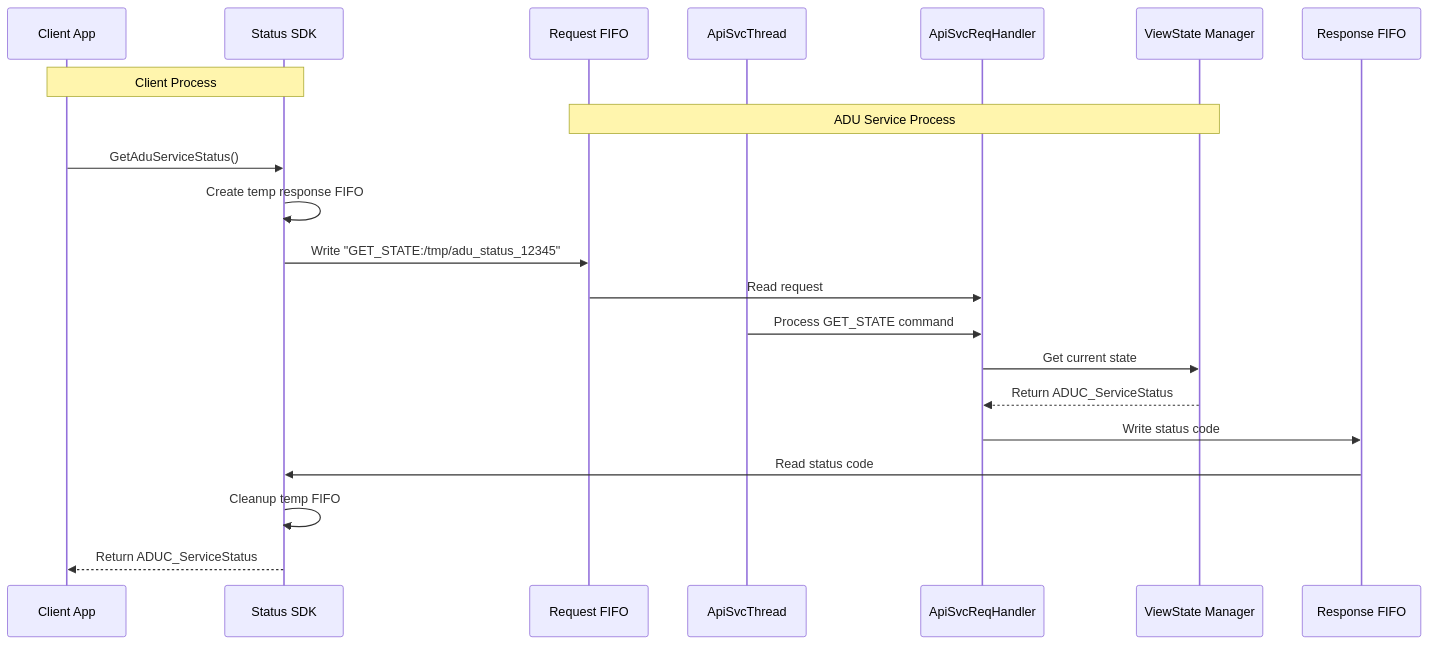
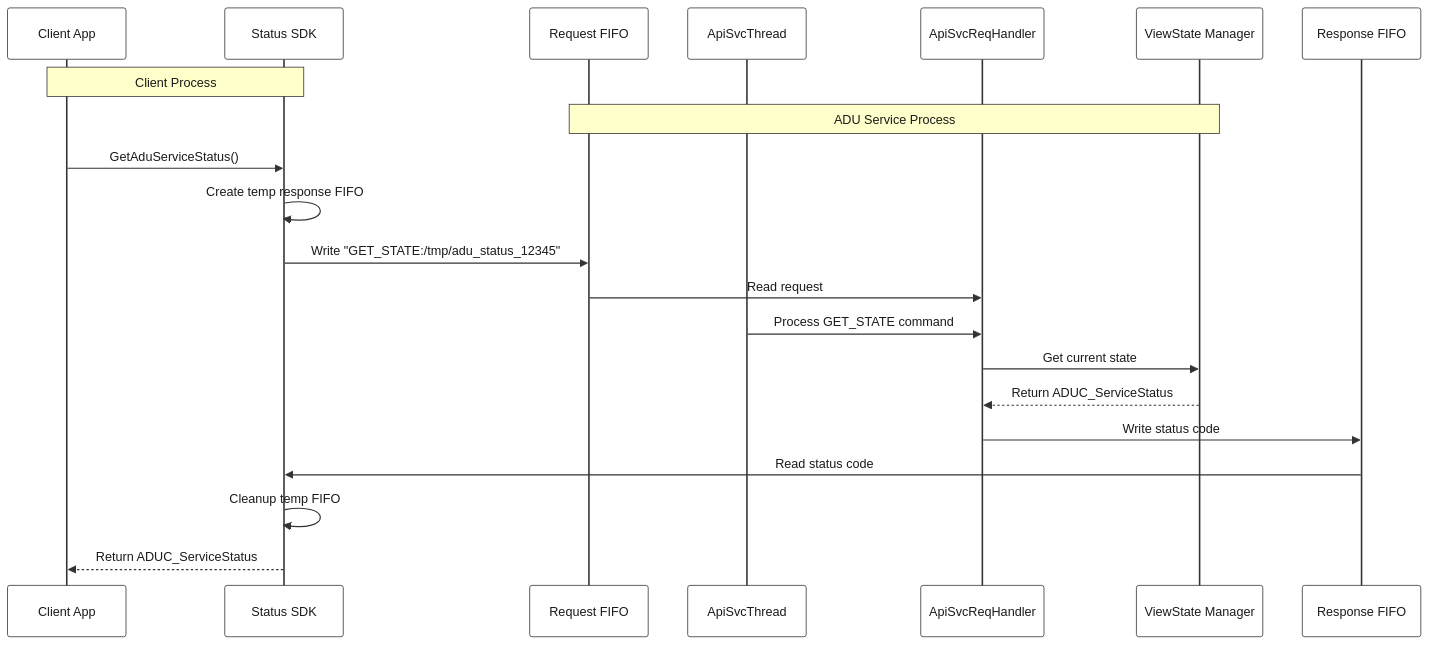
One commit to Azure/iot-hub-device-update changed the first of 4 diagrams in docs/agent-reference/GetAduServiceStatus.md. Above: the diagram before and after it, drawn with Mermaid. The commit also changed other lines of this file and 16 other files, not shown here.

First line of the commit message:
Consolidate agent docs: schema reference, adu-shell README, integration guide

````diff
--- a/docs/agent-reference/GetAduServiceStatus.md
+++ b/docs/agent-reference/GetAduServiceStatus.md
@@ -183,30 +223,48 @@
 ```mermaid
-
+%%{init: {'theme': 'base', 'themeVariables': {
+  'primaryColor': '#ffffff',
+  'primaryTextColor': '#1a1a1a',
+  'primaryBorderColor': '#333333',
+  'lineColor': '#333333',
+  'secondaryColor': '#f5f5f5',
+  'tertiaryColor': '#e8e8e8',
+  'actorBkg': '#ffffff',
+  'actorBorder': '#333333',
+  'actorTextColor': '#1a1a1a',
+  'signalColor': '#333333',
+  'signalTextColor': '#1a1a1a',
+  'noteBkgColor': '#ffffcc',
+  'noteTextColor': '#1a1a1a',
+  'noteBorderColor': '#333333',
+  'activationBkgColor': '#f5f5f5',
+  'activationBorderColor': '#333333',
+  'sequenceNumberColor': '#1a1a1a',
+  'fontFamily': 'monospace',
+  'fontSize': '14px'
+}}}%%
 sequenceDiagram
     participant Client as Client App
     participant SDK as Status SDK
     participant ReqFIFO as Request FIFO
     participant ApiSvcThread as ApiSvcThread
     participant ApiSvcReqHandler as ApiSvcReqHandler
     participant ViewState as ViewState Manager
     participant RespFIFO as Response FIFO
 
     Note over Client,SDK: Client Process
     Note over ReqFIFO,ViewState: ADU Service Process
 
     Client->>SDK: GetAduServiceStatus()
     SDK->>SDK: Create temp response FIFO
     SDK->>ReqFIFO: Write "GET_STATE:/tmp/adu_status_12345"
 
     ReqFIFO->>ApiSvcReqHandler: Read request
     ApiSvcThread->>ApiSvcReqHandler: Process GET_STATE command
     ApiSvcReqHandler->>ViewState: Get current state
     ViewState-->>ApiSvcReqHandler: Return ADUC_ServiceStatus
     ApiSvcReqHandler->>RespFIFO: Write status code
 
     RespFIFO->>SDK: Read status code
     SDK->>SDK: Cleanup temp FIFO
     SDK-->>Client: Return ADUC_ServiceStatus
-
-
 ```
````
